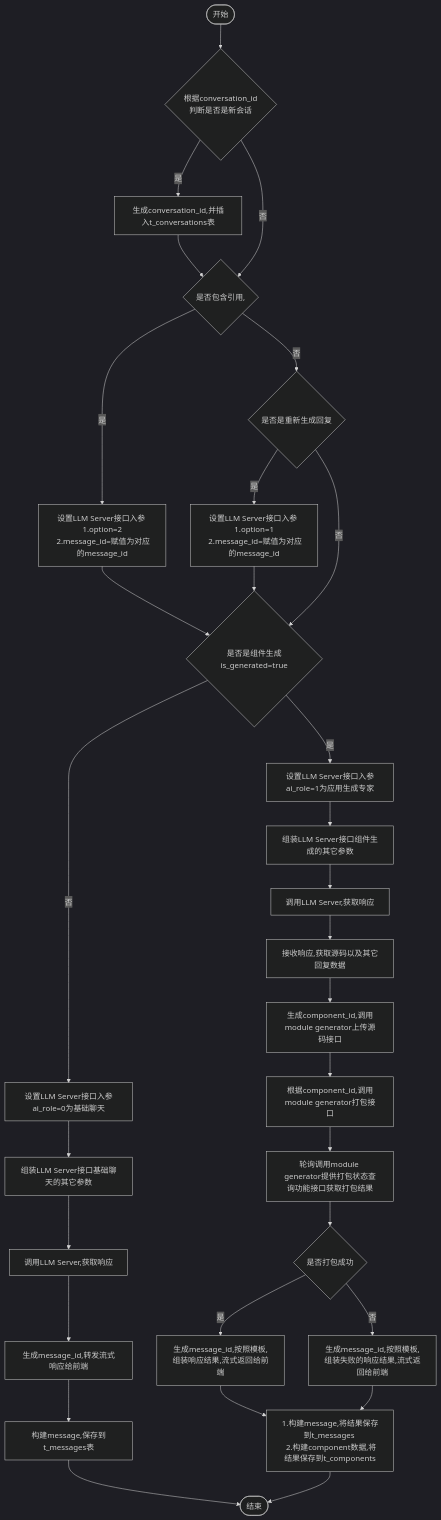
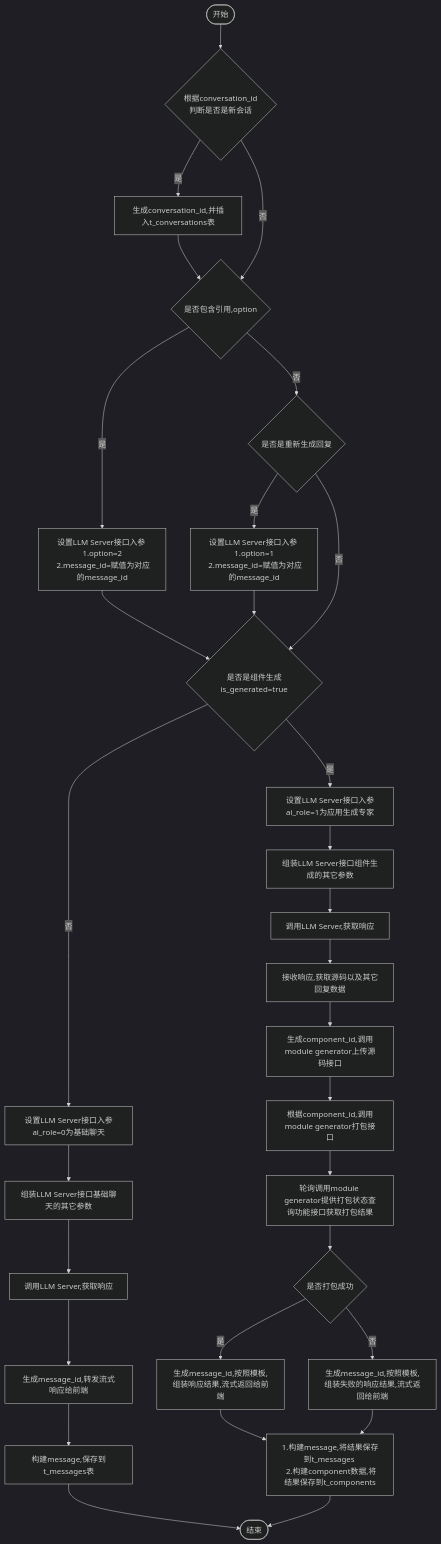
One commit to yingjianzh/iodraw-files changed the diagram in all/w3-会话-不需要传递message.md. Above: the diagram before and after it, drawn with Mermaid (dark theme).

Commit message:
2024-10-14 11:35:18 update

````diff
--- a/all/w3-会话-不需要传递message.md
+++ b/all/w3-会话-不需要传递message.md
@@ -1,36 +1,36 @@
 ```mermaid
 flowchart TD
     A([开始]) --> B{根据conversation_id \n 判断是否是新会话}
     B -- 是 --> C[生成conversation_id,并插入t_conversations表]
     C --> D
-    B -- 否 --> D{是否包含引用,}
+    B -- 否 --> D{是否包含引用,option}
     D -- 是 --> E[设置LLM Server接口入参 \n 1.option=2 \n 2.message_id=赋值为对应的message_id]
     D -- 否 --> F{是否是重新生成回复}
     F -- 是 --> G[设置LLM Server接口入参 \n 1.option=1 \n 2.message_id=赋值为对应的message_id]
     F -- 否 --> I
      
     E & G --> I{是否是组件生成is_generated=true}
     I -- 否 --> K[设置LLM Server接口入参ai_role=0为基础聊天]
     I -- 是 --> J[设置LLM Server接口入参ai_role=1为应用生成专家]
     
 
     J --> L[组装LLM Server接口组件生成的其它参数]    
     K --> M[组装LLM Server接口基础聊天的其它参数]    
     M --> N[调用LLM Server,获取响应]    
     N --> O[生成message_id,转发流式响应给前端]
     O --> P[构建message,保存到t_messages表]
     P --> R([结束])
 
 
     L --> S[调用LLM Server,获取响应]
     S --> T[接收响应,获取源码以及其它回复数据]
     T --> U[生成component_id,调用module generator上传源码接口]
     U --> V[根据component_id,调用module generator打包接口]
     V --> W[轮询调用module generator提供打包状态查询功能接口获取打包结果]
     W --> X{是否打包成功}
     X -- 是 --> Y[生成message_id,按照模板,组装响应结果,流式返回给前端]
     X -- 否 --> Z[生成message_id,按照模板,组装失败的响应结果,流式返回给前端]
 
     Y & Z --> Result[1.构建message,将结果保存到t_messages \n 2.构建component数据,将结果保存到t_components]
     Result --> R
 ```
````
